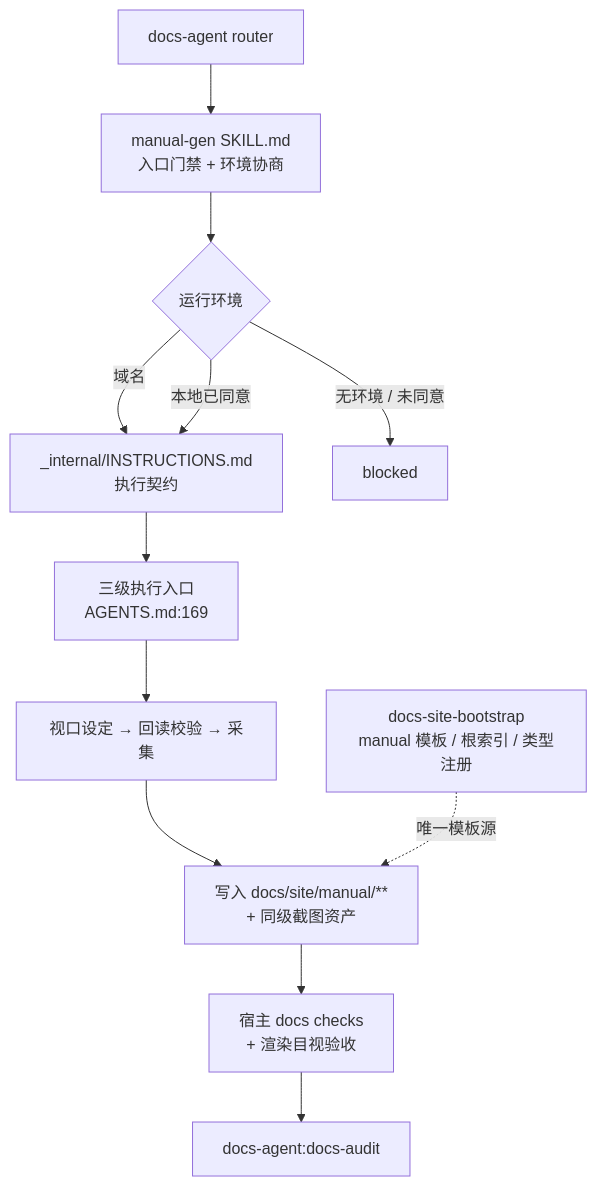
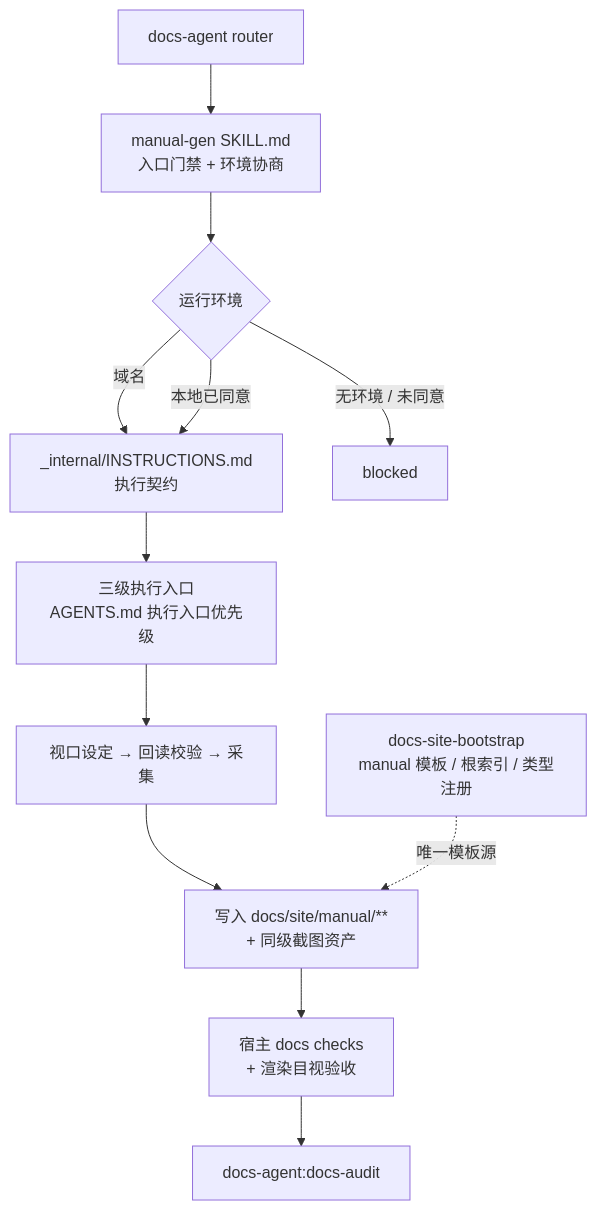
One commit to Neplich/dev-agent-skills changed the diagram in docs/engineer/agents/docs-agent/manual-gen/TRD.md. Above: the diagram before and after it, drawn with Mermaid. The commit also changed other lines of this file and 15 other files, not shown here.

````diff
--- a/docs/engineer/agents/docs-agent/manual-gen/TRD.md
+++ b/docs/engineer/agents/docs-agent/manual-gen/TRD.md
@@ -60,14 +60,14 @@
 ```mermaid
 flowchart TB
     Router["docs-agent router"] --> Gate["manual-gen SKILL.md<br/>入口门禁 + 环境协商"]
     Gate --> Env{"运行环境"}
     Env -->|域名| Exec["_internal/INSTRUCTIONS.md<br/>执行契约"]
     Env -->|本地已同意| Exec
     Env -->|无环境 / 未同意| Blocked["blocked"]
-    Exec --> Entry["三级执行入口<br/>AGENTS.md:169"]
+    Exec --> Entry["三级执行入口<br/>AGENTS.md 执行入口优先级"]
     Entry --> Shot["视口设定 → 回读校验 → 采集"]
     Shot --> Write["写入 docs/site/manual/**<br/>+ 同级截图资产"]
     Write --> Checks["宿主 docs checks<br/>+ 渲染目视验收"]
     Checks --> Audit["docs-agent:docs-audit"]
     Tmpl["docs-site-bootstrap<br/>manual 模板 / 根索引 / 类型注册"] -.唯一模板源.-> Write
 ```
````
